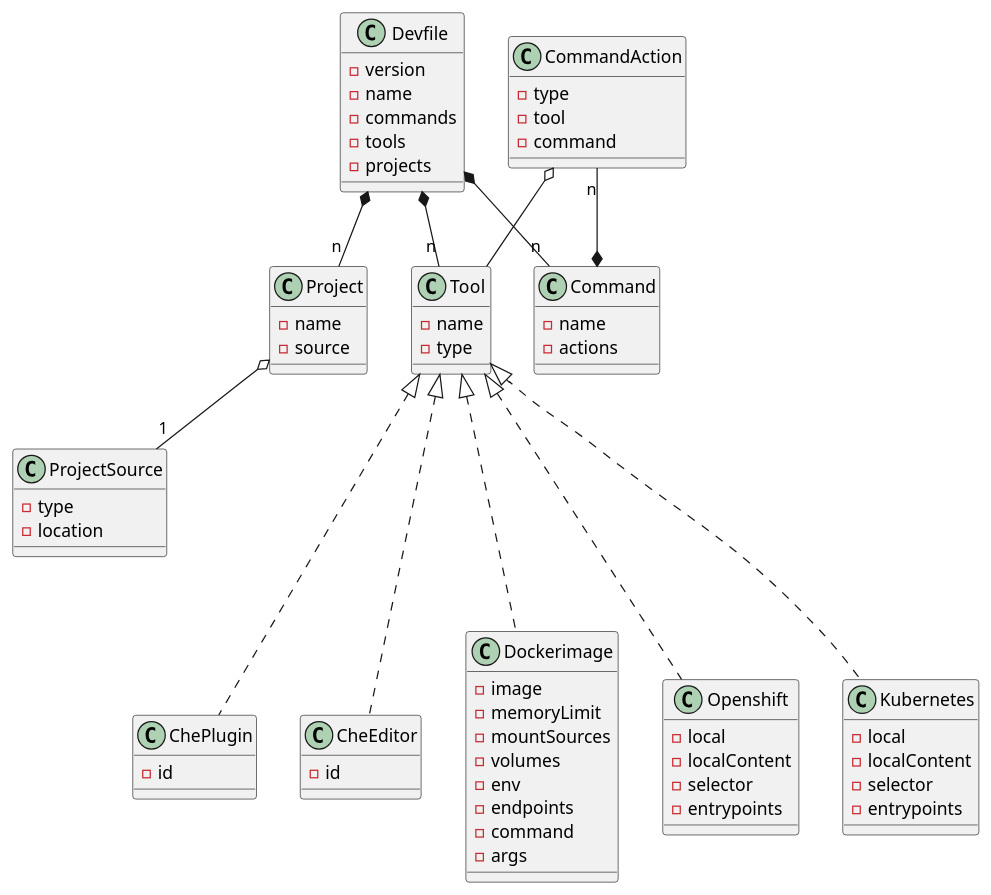
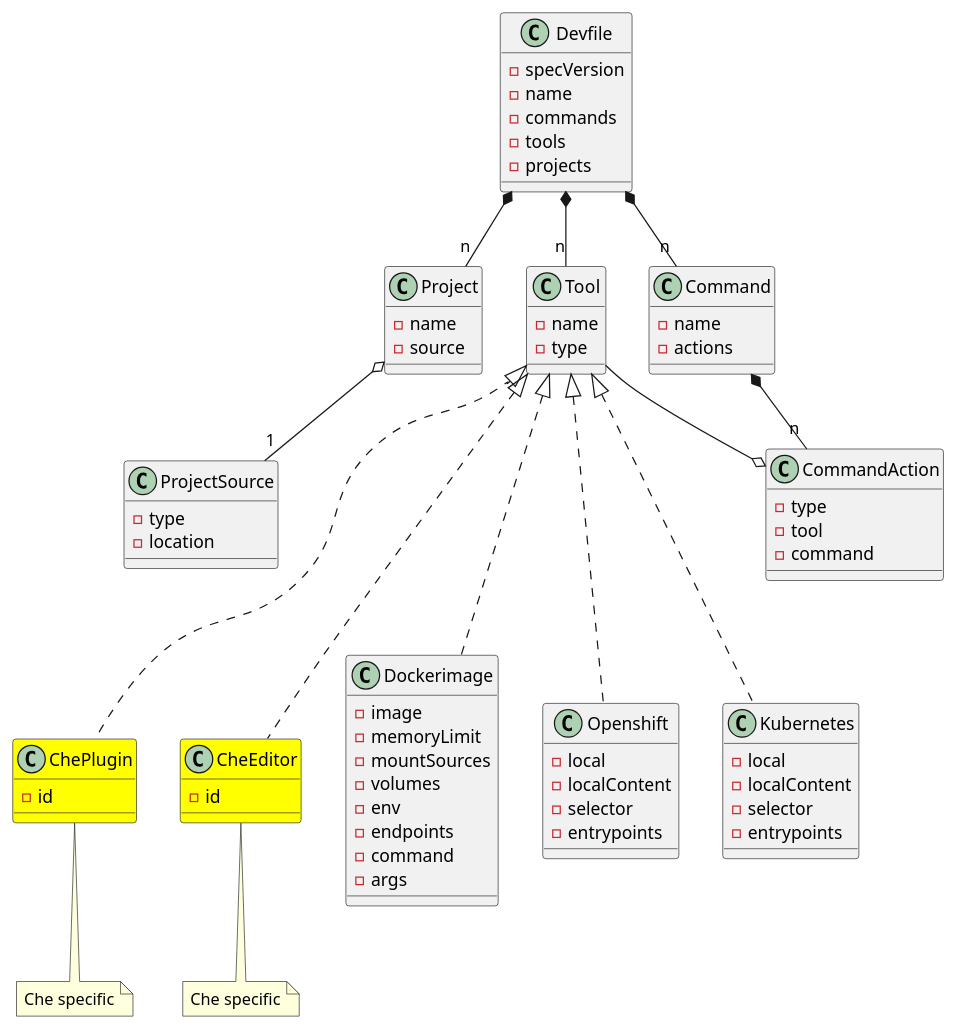
One commit to redhat-developer/devfile changed the diagram in devfile.plantuml. Above: the diagram before and after it, drawn with PlantUML. The commit also changed 2 other files, not shown here.

```diff
--- a/devfile.plantuml
+++ b/devfile.plantuml
@@ -1,92 +1,101 @@
 @startuml devfile
 
 class Devfile {
-  - version
+  - specVersion
   - name
   - commands
   - tools
   - projects
 }
 
 together {
   class Tool
   class Command
   class Project
 }
 
 Devfile *-- "n" Tool
 Devfile *-- "n" Command
 Devfile *-- "n" Project
 
 class Tool {
     - name
     - type
 }
 
 
 Tool <|-.. Dockerimage
 Tool <|-.. Openshift
 Tool <|-.. Kubernetes
 Tool <|-.. ChePlugin
 Tool <|-.. CheEditor
 
 class Command {
   - name
   - actions
 }
 
 Command *-- "n" CommandAction
 CommandAction o-- Tool
 
 class CommandAction {
   - type
   - tool
   - command
 }
 
 class Project {
   - name
   - source
 }
 
 Project o-- "1" ProjectSource
 
 class ProjectSource {
   - type
   - location
 }
 
+Project -[hidden]> Tool
+Tool -[hidden]> Command
+ProjectSource -[hidden]> CommandAction
+
 class Dockerimage {
    - image
    - memoryLimit
    - mountSources
    - volumes
    - env
    - endpoints
    - command
    - args
 }
 
 class Openshift {
   - local
   - localContent
   - selector
   - entrypoints
 }
 
 class Kubernetes {
   - local
   - localContent
   - selector
   - entrypoints
 }
 
-class ChePlugin {
+class ChePlugin #yellow {
   - id
 }
+note bottom of ChePlugin: Che specific
 
-class CheEditor {
+class CheEditor #yellow {
   - id
 }
+note bottom of CheEditor: Che specific
+
+ChePlugin -[hidden]> CheEditor
+CheEditor -[hidden]> Dockerimage
 
 @enduml
```
